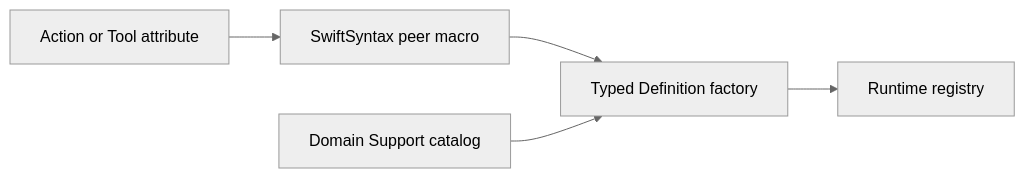
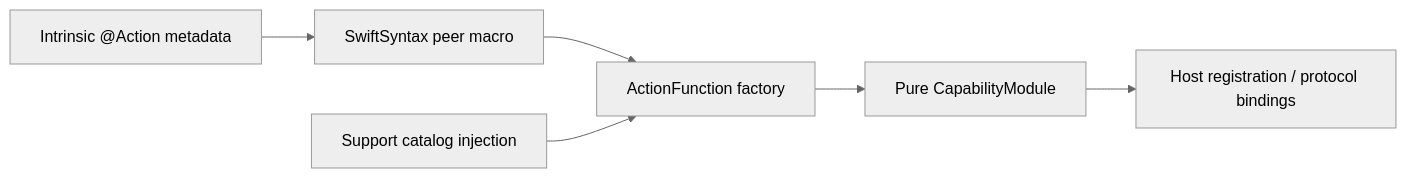
The diagram in Macros/BehaviorDefinitions/README.md (devilyouwei/MobileHarness), drawn with Mermaid (neutral theme) before and after one commit. The commit also changed other lines of this file and 238 other files, not shown here.

````diff
--- a/Macros/BehaviorDefinitions/README.md
+++ b/Macros/BehaviorDefinitions/README.md
@@ -5,7 +5,8 @@
 ```mermaid
 flowchart LR
-    Attribute[Action or Tool attribute] --> Compiler[SwiftSyntax peer macro]
-    Compiler --> Factory[Typed Definition factory]
-    Catalog[Domain Support catalog] --> Factory
-    Factory --> Registry[Runtime registry]
+    Attribute[Intrinsic @Action metadata] --> Compiler[SwiftSyntax peer macro]
+    Compiler --> Factory[ActionFunction factory]
+    Dependencies[Support catalog injection] --> Factory
+    Factory --> Catalog[Pure CapabilityModule]
+    Catalog --> Host[Host registration / protocol bindings]
 ```
````
